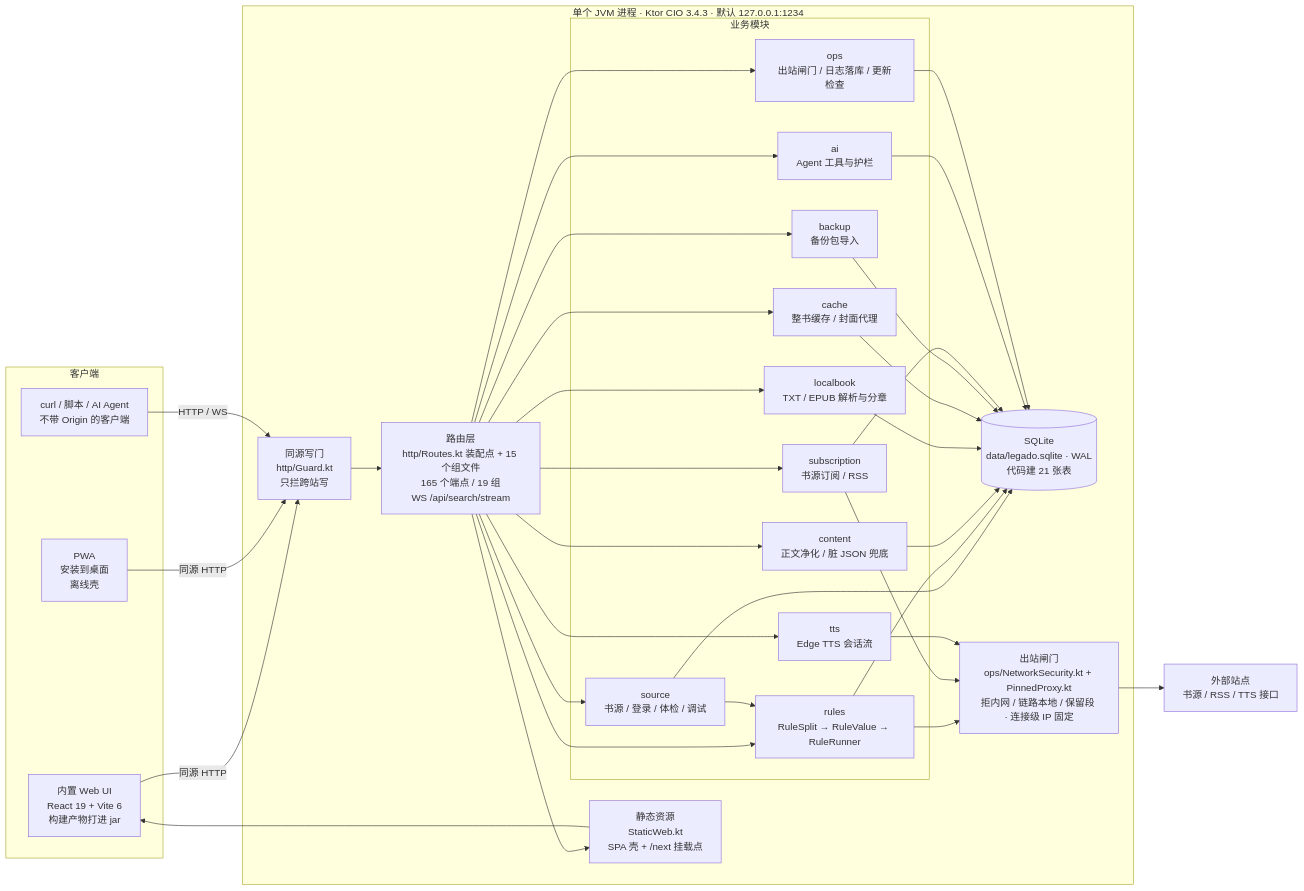
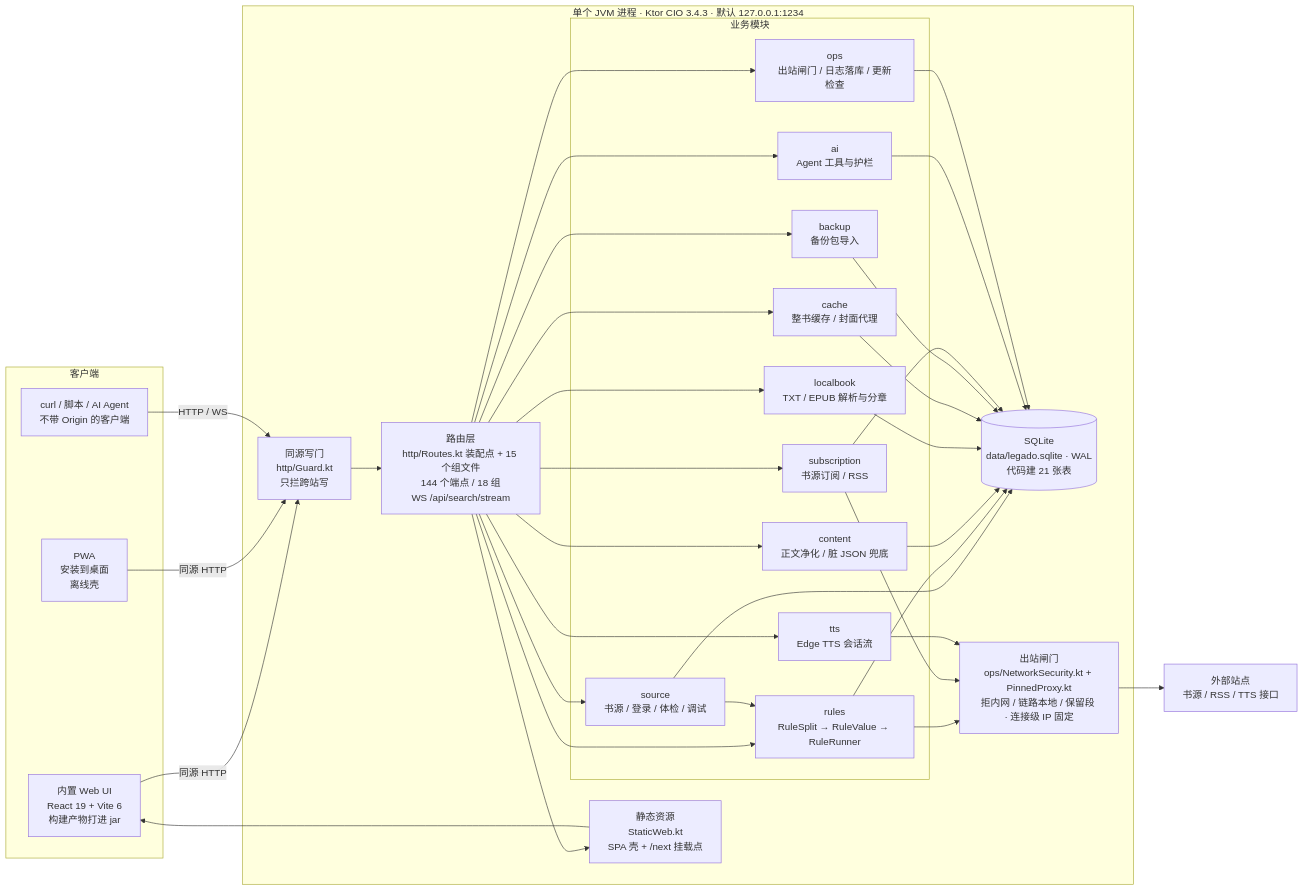
The first of 6 diagrams in docs/ARCHITECTURE.md (linqinqiu/legadoQ), drawn with Mermaid before and after one commit. The commit also changed other lines of this file and 73 other files, not shown here.

````diff
--- a/docs/ARCHITECTURE.md
+++ b/docs/ARCHITECTURE.md
@@ -12,66 +12,66 @@
 ```mermaid
 flowchart LR
     subgraph CLIENT["客户端"]
         UI["内置 Web UI<br/>React 19 + Vite 6<br/>构建产物打进 jar"]
         PWA["PWA<br/>安装到桌面<br/>离线壳"]
         CLI["curl / 脚本 / AI Agent<br/>不带 Origin 的客户端"]
     end
 
     subgraph PROC["单个 JVM 进程 · Ktor CIO 3.4.3 · 默认 127.0.0.1:1234"]
         GUARD["同源写门<br/>http/Guard.kt<br/>只拦跨站写"]
-        ROUTE["路由层<br/>http/Routes.kt 装配点 + 15 个组文件<br/>165 个端点 / 19 组<br/>WS /api/search/stream"]
+        ROUTE["路由层<br/>http/Routes.kt 装配点 + 15 个组文件<br/>144 个端点 / 18 组<br/>WS /api/search/stream"]
         STATIC["静态资源<br/>StaticWeb.kt<br/>SPA 壳 + /next 挂载点"]
 
         subgraph DOMAIN["业务模块"]
             SRC["source<br/>书源 / 登录 / 体检 / 调试"]
             RULE["rules<br/>RuleSplit → RuleValue → RuleRunner"]
             CONTENT["content<br/>正文净化 / 脏 JSON 兜底"]
             LOCAL["localbook<br/>TXT / EPUB 解析与分章"]
             CACHE["cache<br/>整书缓存 / 封面代理"]
             TTS["tts<br/>Edge TTS 会话流"]
             BACKUP["backup<br/>备份包导入"]
             SUB["subscription<br/>书源订阅 / RSS"]
             AGENT["ai<br/>Agent 工具与护栏"]
             OPS["ops<br/>出站闸门 / 日志落库 / 更新检查"]
         end
 
         DB[("SQLite<br/>data/legado.sqlite · WAL<br/>代码建 21 张表")]
         NETSEC["出站闸门<br/>ops/NetworkSecurity.kt + PinnedProxy.kt<br/>拒内网 / 链路本地 / 保留段 · 连接级 IP 固定"]
     end
 
     NET["外部站点<br/>书源 / RSS / TTS 接口"]
 
     UI -->|"同源 HTTP"| GUARD
     PWA -->|"同源 HTTP"| GUARD
     CLI -->|"HTTP / WS"| GUARD
     GUARD --> ROUTE
     ROUTE --> STATIC
     STATIC --> UI
 
     ROUTE --> SRC
     ROUTE --> RULE
     ROUTE --> CONTENT
     ROUTE --> LOCAL
     ROUTE --> CACHE
     ROUTE --> TTS
     ROUTE --> BACKUP
     ROUTE --> SUB
     ROUTE --> AGENT
     ROUTE --> OPS
 
     SRC --> RULE
     RULE --> NETSEC
     NETSEC --> NET
     SUB --> NETSEC
     TTS --> NETSEC
 
     SRC --> DB
     RULE --> DB
     CONTENT --> DB
     LOCAL --> DB
     CACHE --> DB
     BACKUP --> DB
     SUB --> DB
     AGENT --> DB
     OPS --> DB
 ```
````
